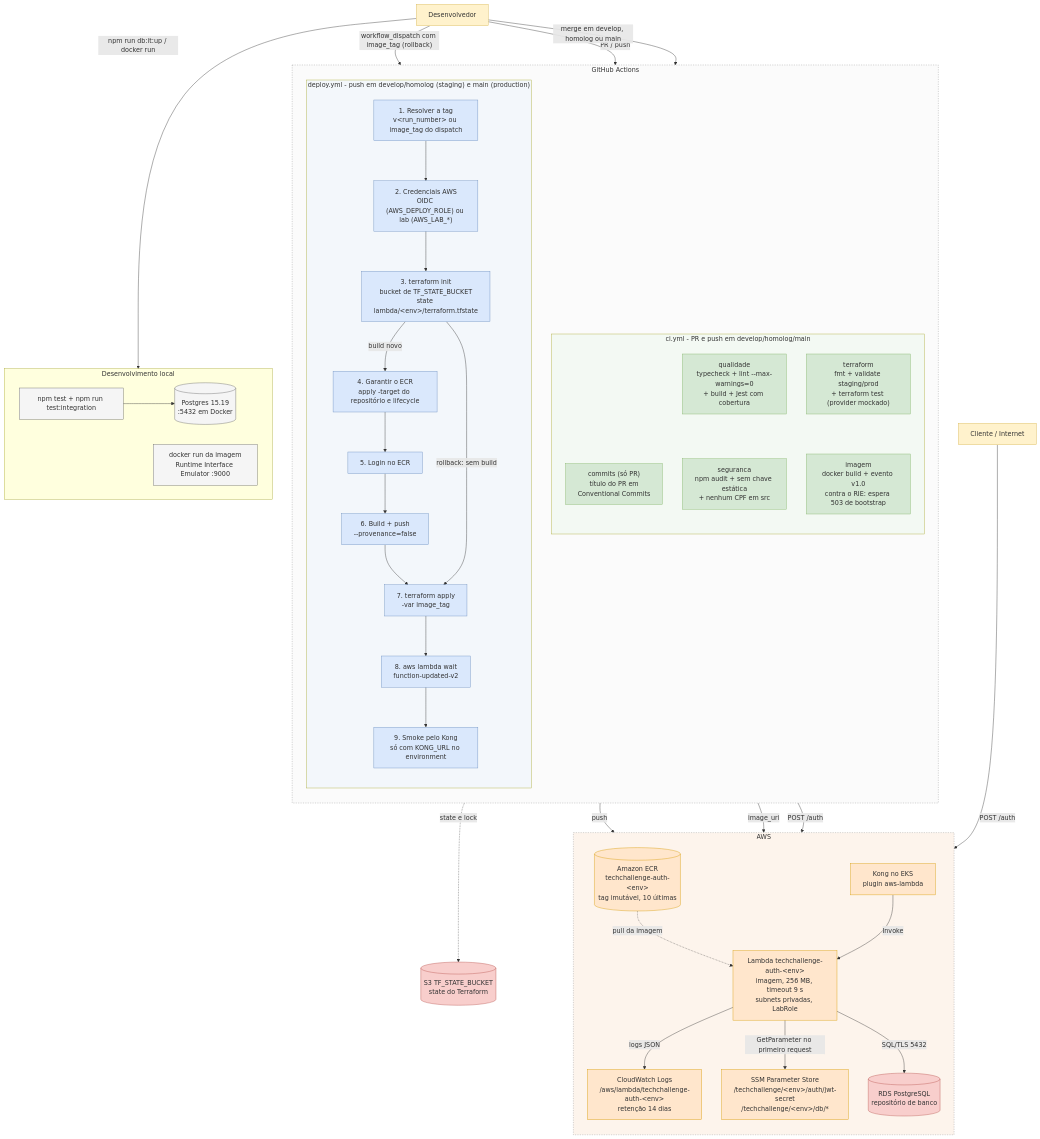
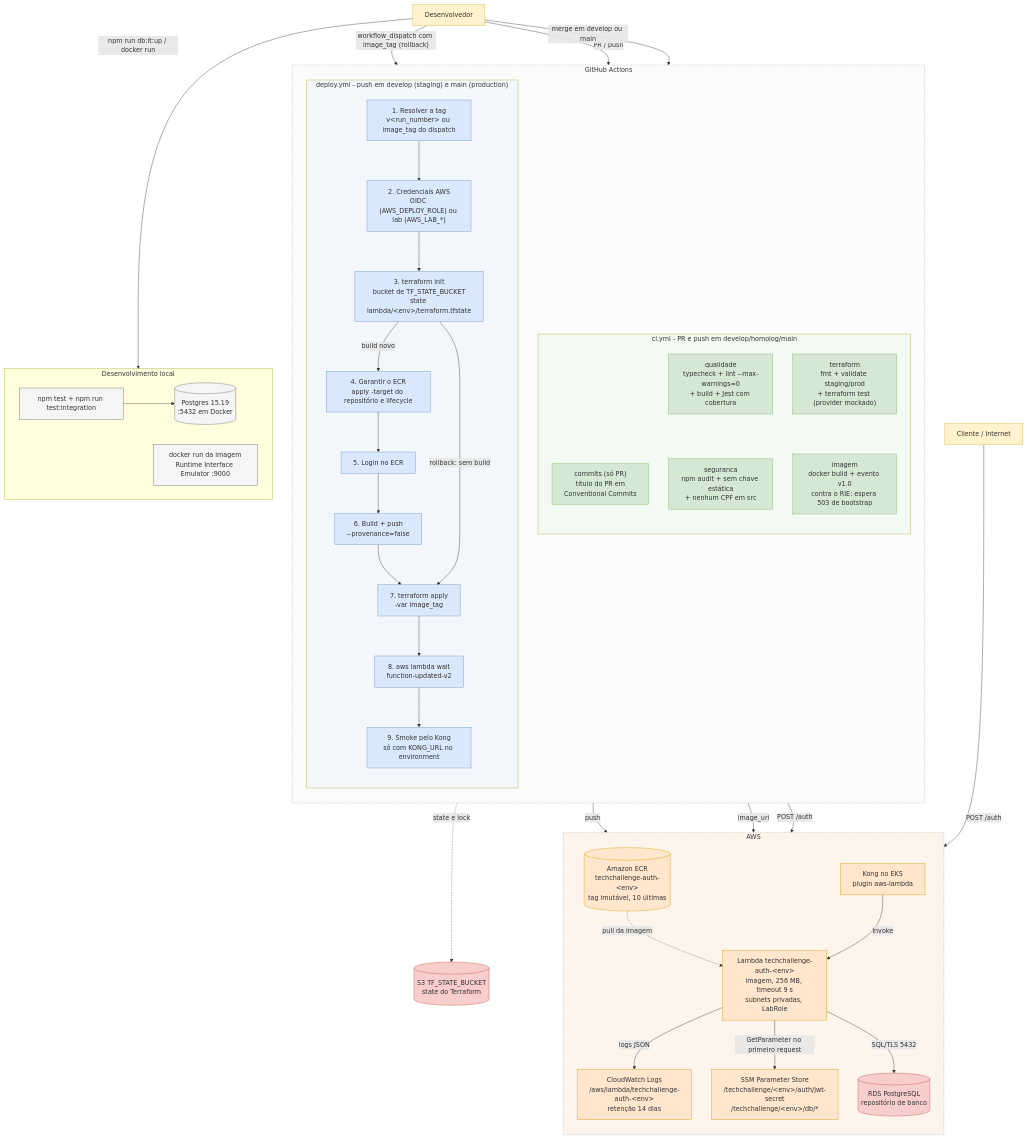
One commit to DevKaue/TechChallange---Function-Serverless changed the third of 3 diagrams in README.md. Above: the diagram before and after it, drawn with Mermaid. The commit also changed other lines of this file and 5 other files, not shown here.

Commit message:
ci: tira a homolog do deploy de staging

```diff
--- a/README.md
+++ b/README.md
@@ -229,7 +229,7 @@
             C5["imagem<br/>docker build + evento v1.0<br/>contra o RIE: espera 503 de bootstrap"]
         end
 
-        subgraph DEPLOY["deploy.yml - push em develop/homolog (staging) e main (production)"]
+        subgraph DEPLOY["deploy.yml - push em develop (staging) e main (production)"]
             direction TB
             D1["1. Resolver a tag<br/>v&lt;run_number&gt; ou image_tag do dispatch"]
             D2["2. Credenciais AWS<br/>OIDC (AWS_DEPLOY_ROLE) ou lab (AWS_LAB_*)"]
@@ -262,7 +262,7 @@
     end
 
     DEV -->|"PR / push"| CI
-    DEV -->|"merge em develop, homolog ou main"| DEPLOY
+    DEV -->|"merge em develop ou main"| DEPLOY
     DEV -->|"workflow_dispatch com image_tag (rollback)"| D1
 
     C2 ~~~ C3
```
